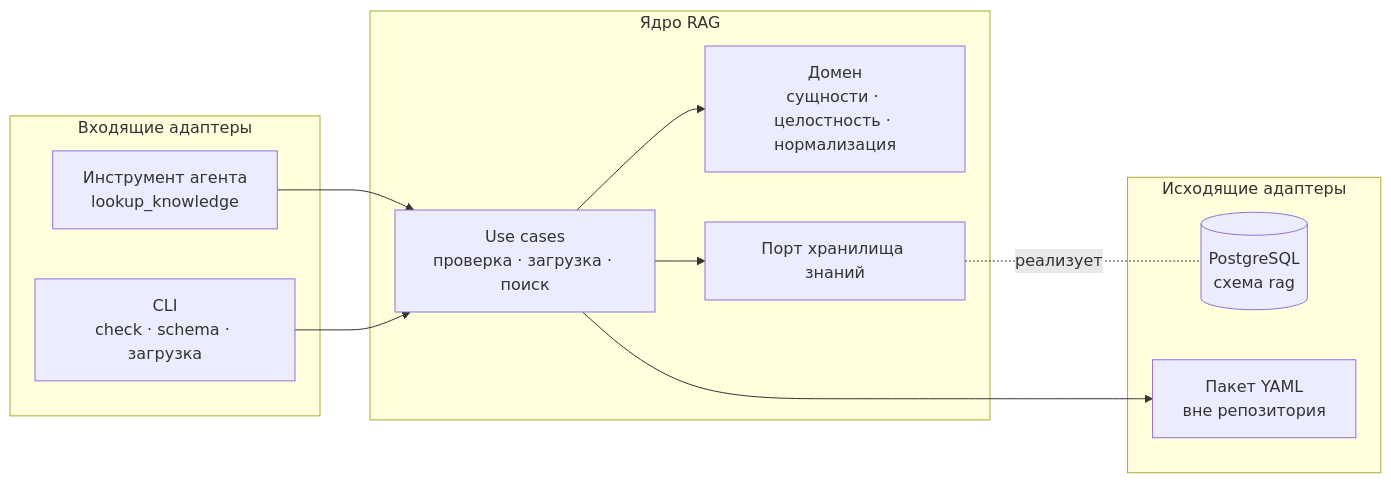
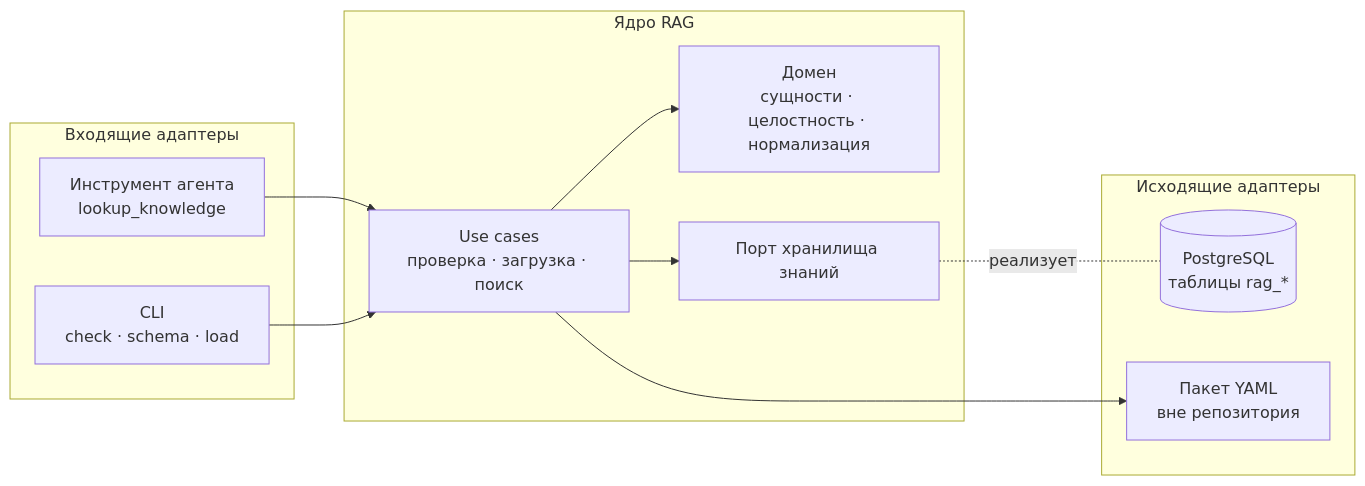
One commit to Nisakoo/BMSTU-NIRS changed the first of 2 diagrams in docs/rag.md. Above: the diagram before and after it, drawn with Mermaid. The commit also changed other lines of this file and 25 other files, not shown here.

First line of the commit message:
feat(rag): store structured knowledge in PostgreSQL

````diff
--- a/docs/rag.md
+++ b/docs/rag.md
@@ -25,22 +25,22 @@
 ```mermaid
 flowchart LR
     subgraph In["Входящие адаптеры"]
         Tool["Инструмент агента<br/>lookup_knowledge"]
-        CLI["CLI<br/>check · schema · загрузка"]
+        CLI["CLI<br/>check · schema · load"]
     end
     subgraph Core["Ядро RAG"]
         UC["Use cases<br/>проверка · загрузка · поиск"]
         Domain["Домен<br/>сущности · целостность · нормализация"]
         Port["Порт хранилища знаний"]
     end
     subgraph Out["Исходящие адаптеры"]
-        PG[("PostgreSQL<br/>схема rag")]
+        PG[("PostgreSQL<br/>таблицы rag_*")]
         Files["Пакет YAML<br/>вне репозитория"]
     end
     Tool --> UC
     CLI --> UC
     UC --> Domain
     UC --> Port
     Port -.реализует.- PG
     UC --> Files
 ```
````
